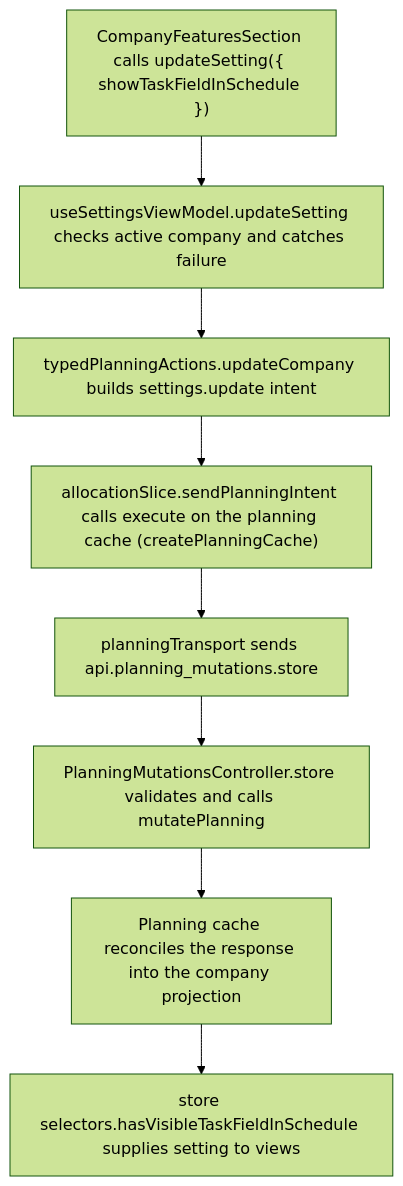
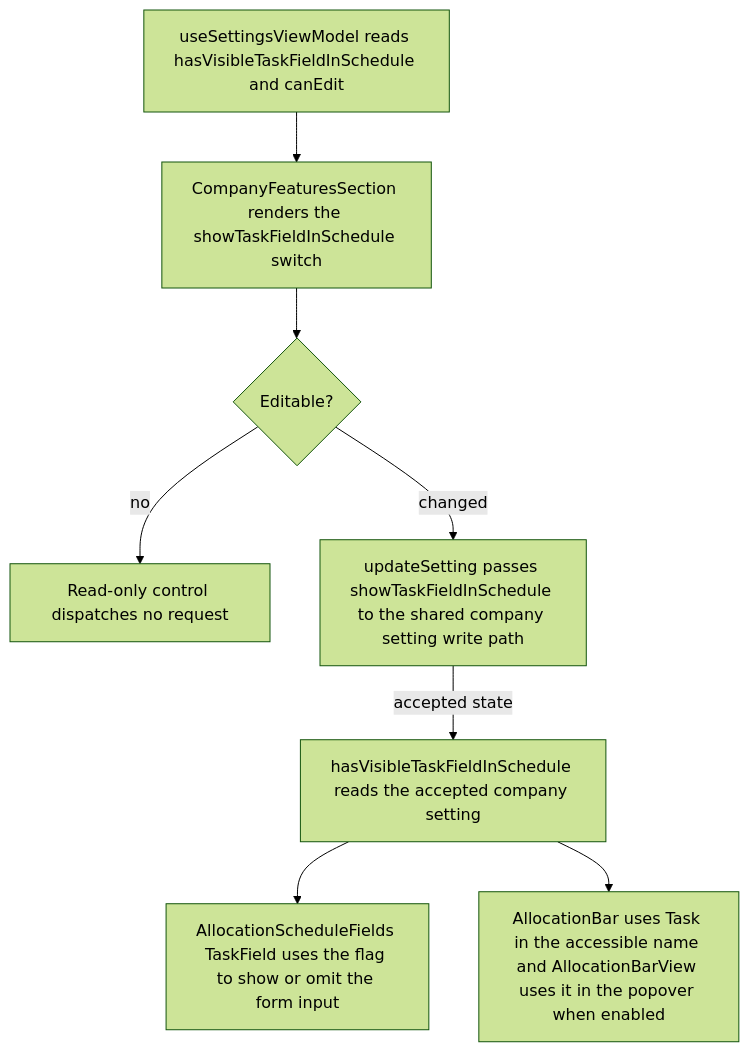
Before and after one commit to Kevinjohn/capacitylens: the second of 2 diagrams in user-stories/settings/US-SET-24-task-field.md, drawn with Mermaid (forest theme). The commit also changed other lines of this file and 172 other files, not shown here.

Commit message:
docs: reconcile user story code flows with source

````diff
--- a/user-stories/settings/US-SET-24-task-field.md
+++ b/user-stories/settings/US-SET-24-task-field.md
@@ -29,10 +31,10 @@
 ```mermaid
 flowchart TD
-  control["CompanyFeaturesSection calls updateSetting({ showTaskFieldInSchedule })"] --> view["useSettingsViewModel.updateSetting checks active company and catches failure"]
-  view --> action["typedPlanningActions.updateCompany builds settings.update intent"]
-  action --> execute["allocationSlice.sendPlanningIntent calls execute on the planning cache (createPlanningCache)"]
-  execute --> transport["planningTransport sends api.planning_mutations.store"]
-  transport --> route["PlanningMutationsController.store validates and calls mutatePlanning"]
-  route --> reply["Planning cache reconciles the response into the company projection"]
-  reply --> read["store selectors.hasVisibleTaskFieldInSchedule supplies setting to views"]
+  flags["useSettingsViewModel reads hasVisibleTaskFieldInSchedule and canEdit"] --> switch["CompanyFeaturesSection renders the showTaskFieldInSchedule switch"]
+  switch --> access{"Editable?"}
+  access -->|no| disabled["Read-only control dispatches no request"]
+  access -->|changed| command["updateSetting passes showTaskFieldInSchedule to the shared company setting write path"]
+  command -->|accepted state| saved["hasVisibleTaskFieldInSchedule reads the accepted company setting"]
+  saved --> field["AllocationScheduleFields TaskField uses the flag to show or omit the form input"]
+  saved --> bar["AllocationBar uses Task in the accessible name and AllocationBarView uses it in the popover when enabled"]
 ```
````
